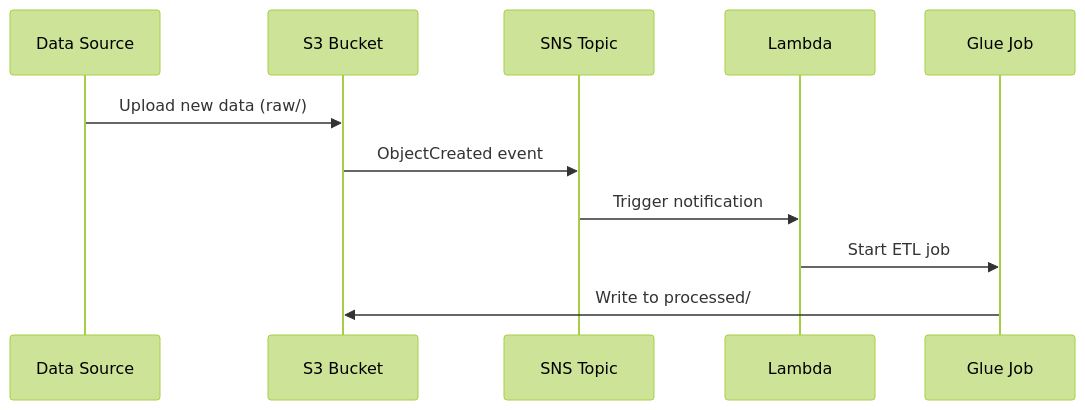
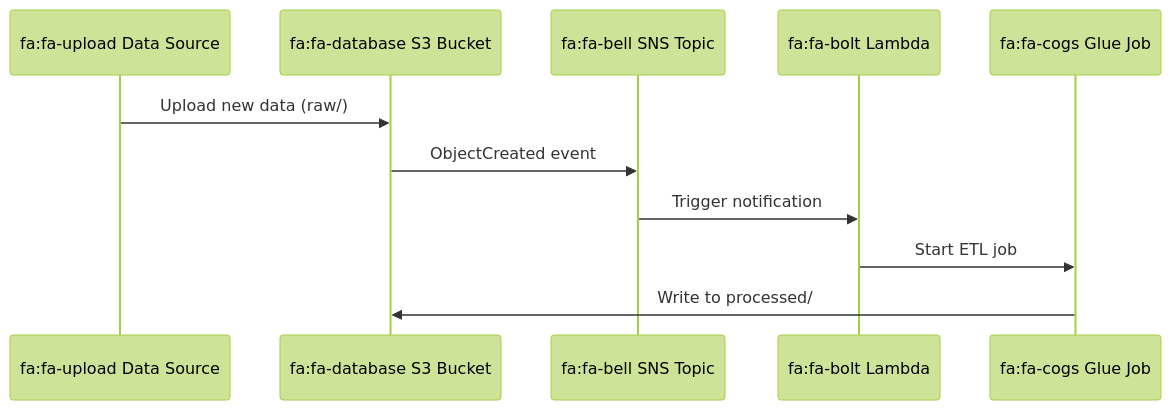
One commit to vinu76jsr/aws-sample-projects changed the third of 3 diagrams in aws-ml-associate-prep/02-s3-data-lake/LAB.md. Above: the diagram before and after it, drawn with Mermaid (forest theme). The commit also changed other lines of this file and 15 other files, not shown here.

First line of the commit message:
Add Font Awesome icons to all Mermaid diagrams

````diff
--- a/aws-ml-associate-prep/02-s3-data-lake/LAB.md
+++ b/aws-ml-associate-prep/02-s3-data-lake/LAB.md
@@ -73,14 +73,14 @@
 ```mermaid
 sequenceDiagram
-    participant App as Data Source
-    participant S3 as S3 Bucket
-    participant SNS as SNS Topic
-    participant Lambda as Lambda
-    participant Glue as Glue Job
+    participant App as fa:fa-upload Data Source
+    participant S3 as fa:fa-database S3 Bucket
+    participant SNS as fa:fa-bell SNS Topic
+    participant Lambda as fa:fa-bolt Lambda
+    participant Glue as fa:fa-cogs Glue Job
 
     App->>S3: Upload new data (raw/)
     S3->>SNS: ObjectCreated event
     SNS->>Lambda: Trigger notification
     Lambda->>Glue: Start ETL job
     Glue->>S3: Write to processed/
 ```
````
